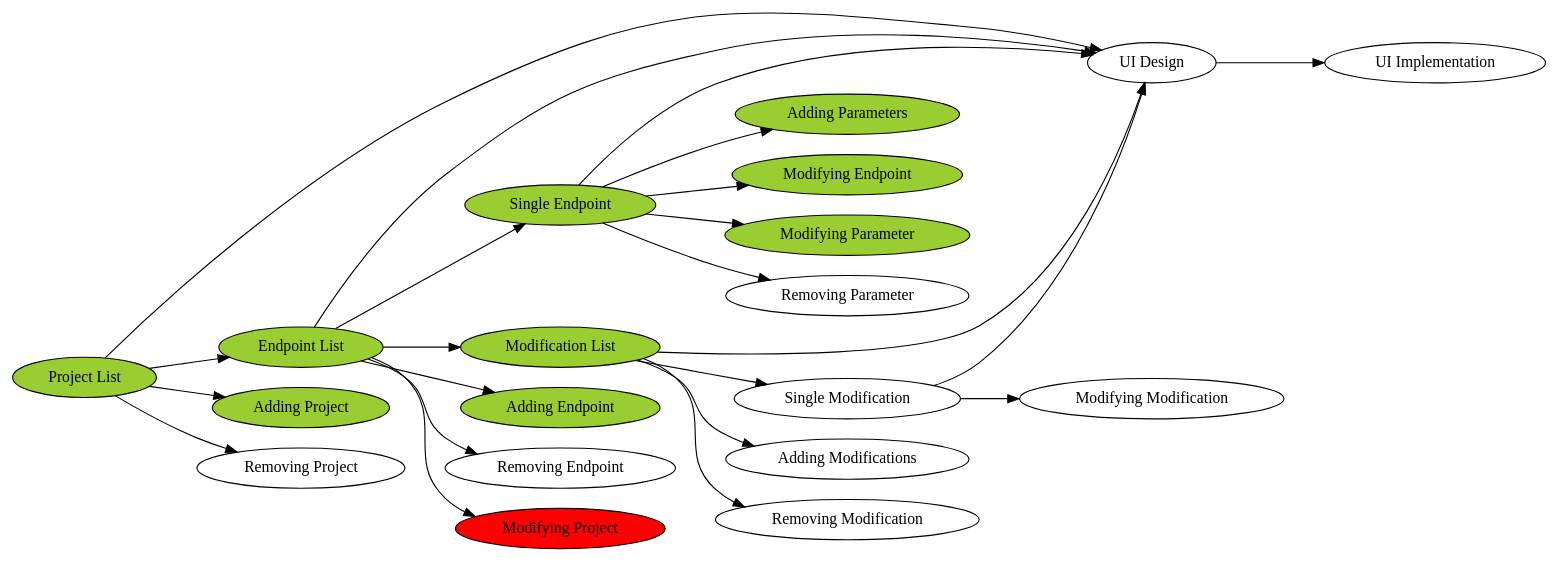
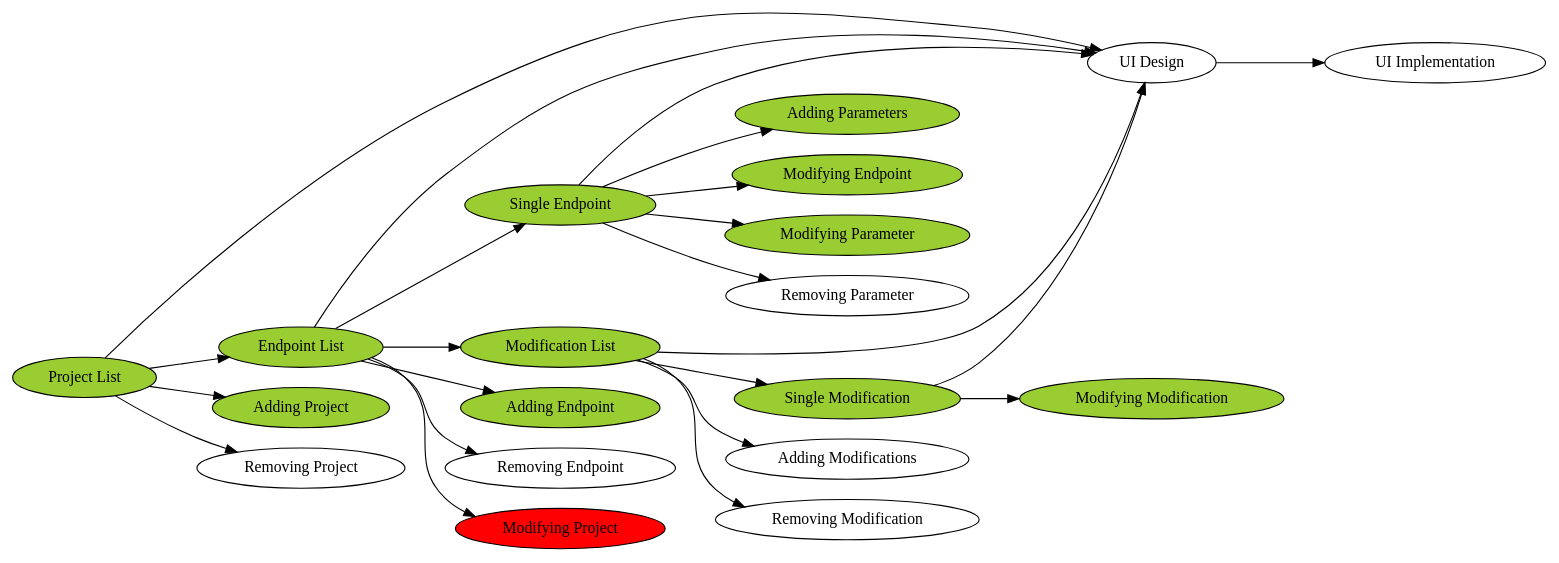
The diagram in doc/tasks.dot (jaccek/endpoint-mock), drawn with Graphviz before and after one commit. The commit also changed 3 other files, not shown here.

```diff
--- a/doc/tasks.dot
+++ b/doc/tasks.dot
@@ -1,61 +1,61 @@
 digraph {
     //layout = circo;
     //mindist = .5;
     rankdir=LR;
 
     disp_project_list -> ui_design;
     disp_project_list -> disp_endpoint_list;
     disp_project_list -> adding_project;
     disp_project_list -> removing_project;
 
     disp_endpoint_list -> ui_design;
     disp_endpoint_list -> disp_single_endpoint;
     disp_endpoint_list -> disp_modification_list;
     disp_endpoint_list -> adding_endpoint;
     disp_endpoint_list -> removing_endpoint;
     disp_endpoint_list -> modifying_project;
 
     disp_single_endpoint -> ui_design;
     disp_single_endpoint -> adding_parameter;
     disp_single_endpoint -> modifying_endpoint;
     disp_single_endpoint -> modifying_parameter;
     disp_single_endpoint -> removing_parameter;
 
     disp_modification_list -> ui_design;
     disp_modification_list -> disp_single_modification;
     disp_modification_list -> adding_modification;
     disp_modification_list -> removing_modification;
 
     disp_single_modification -> ui_design;
     disp_single_modification -> modifying_modification;
 
     ui_design -> ui_implementation;
 
 
 
 
     disp_project_list           [label="Project List", style="filled", fillcolor="yellowgreen"];
     disp_endpoint_list          [label="Endpoint List", style="filled", fillcolor="yellowgreen"];
     disp_modification_list      [label="Modification List", style="filled", fillcolor="yellowgreen"];
 
     disp_single_endpoint        [label="Single Endpoint", style="filled", fillcolor="yellowgreen"];
-    disp_single_modification    [label="Single Modification"];
+    disp_single_modification    [label="Single Modification", style="filled", fillcolor="yellowgreen"];
 
     ui_implementation   [label="UI Implementation"];
     ui_design           [label="UI Design"];
 
     adding_project          [label="Adding Project", style="filled", fillcolor="yellowgreen"];
     adding_endpoint         [label="Adding Endpoint", style="filled", fillcolor="yellowgreen"];
     adding_parameter        [label="Adding Parameters", style="filled", fillcolor="yellowgreen"];
     adding_modification     [label="Adding Modifications"];
 
     modifying_project       [label="Modifying Project", style="filled", fillcolor="red"];
     modifying_endpoint      [label="Modifying Endpoint", style="filled", fillcolor="yellowgreen"];
     modifying_parameter     [label="Modifying Parameter", style="filled", fillcolor="yellowgreen"];
-    modifying_modification  [label="Modifying Modification"];
+    modifying_modification  [label="Modifying Modification", style="filled", fillcolor="yellowgreen"];
 
     removing_project        [label="Removing Project"];
     removing_endpoint       [label="Removing Endpoint"];
     removing_parameter      [label="Removing Parameter"];
     removing_modification   [label="Removing Modification"];
 }
```
